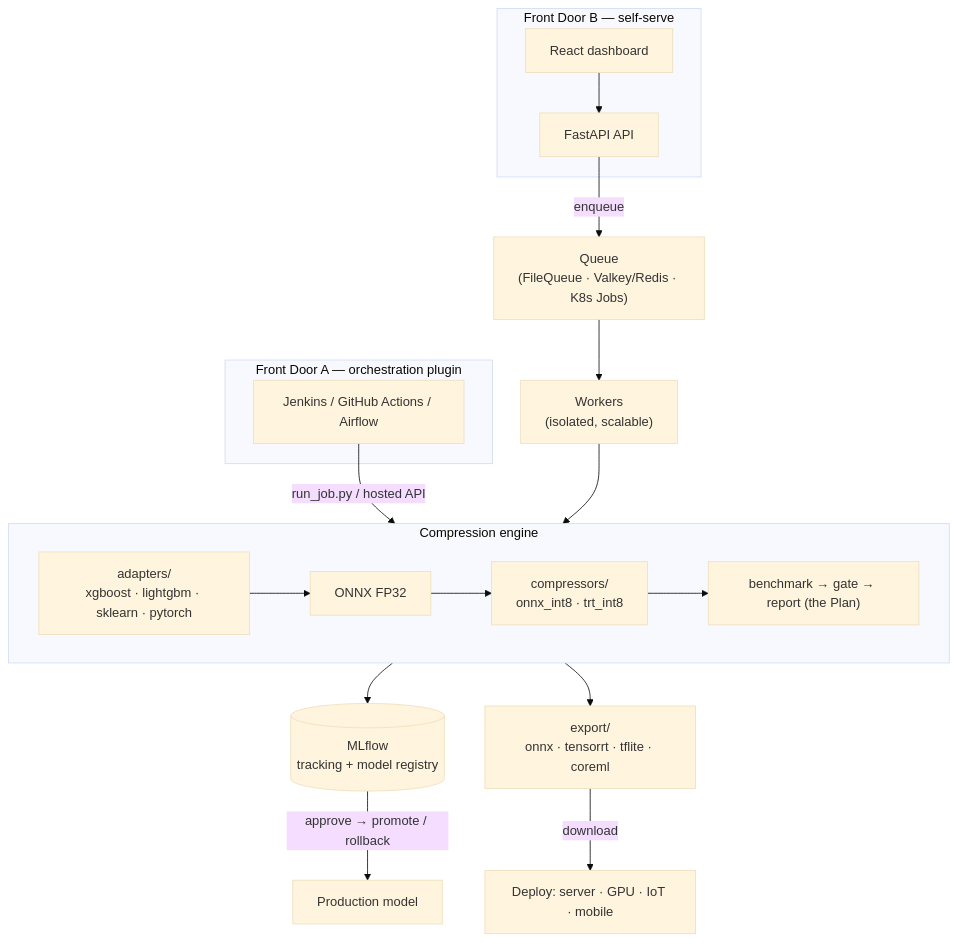
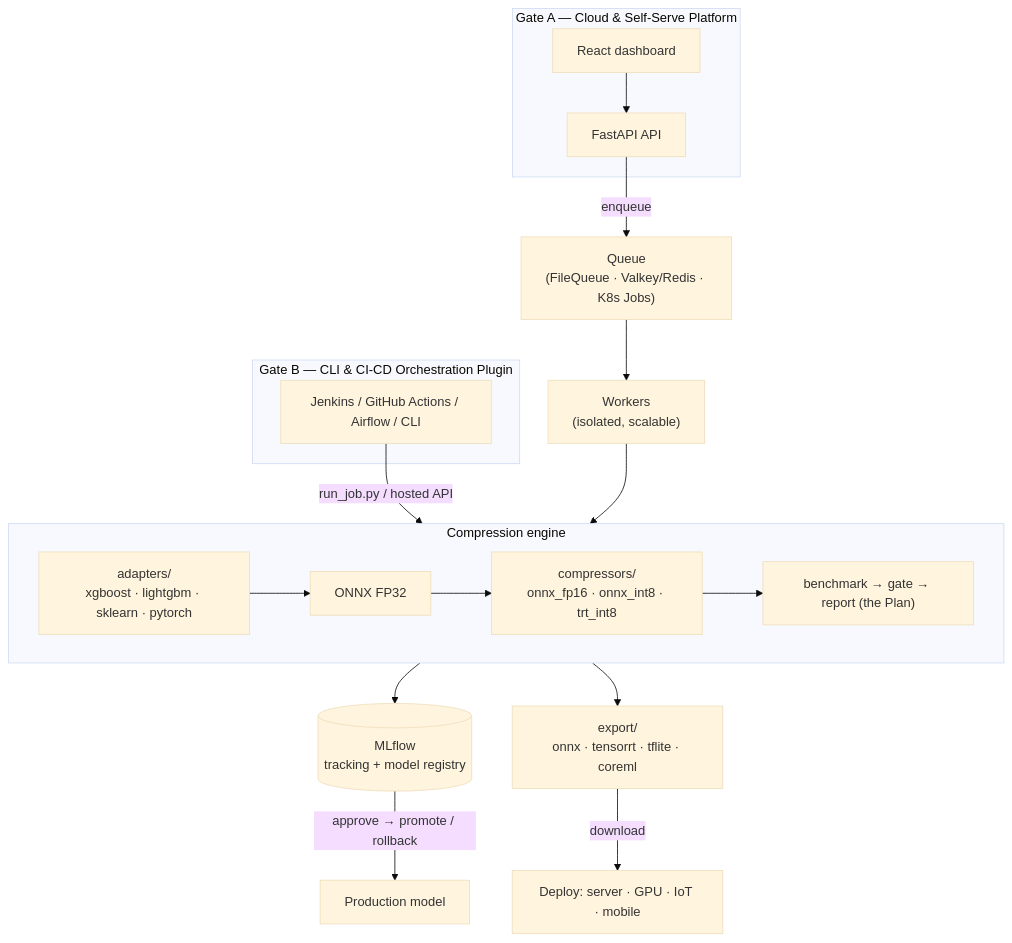
The diagram in README.md (786AdiPY/Kompress), drawn with Mermaid (base theme) before and after one commit. The commit also changed other lines of this file and 1 other file, not shown here.

Commit message:
docs: update entry terminology to Gate A (Cloud) and Gate B (CLI & CI-CD)

````diff
--- a/README.md
+++ b/README.md
@@ -25,26 +25,26 @@
 ```mermaid
 flowchart TB
-    subgraph FDA["Front Door A — orchestration plugin"]
-      ORCH["Jenkins / GitHub Actions / Airflow"]
+    subgraph GA["Gate A — Cloud & Self-Serve Platform"]
+      UI["React dashboard"] --> API["FastAPI API"]
     end
-    subgraph FDB["Front Door B — self-serve"]
-      UI["React dashboard"] --> API["FastAPI API"]
+    subgraph GB["Gate B — CLI & CI-CD Orchestration Plugin"]
+      ORCH["Jenkins / GitHub Actions / Airflow / CLI"]
     end
 
     ORCH -->|run_job.py / hosted API| CORE
     API -->|enqueue| Q["Queue<br/>(FileQueue · Valkey/Redis · K8s Jobs)"]
     Q --> WK["Workers<br/>(isolated, scalable)"]
     WK --> CORE
 
     subgraph CORE["Compression engine"]
       direction LR
       AD["adapters/<br/>xgboost · lightgbm · sklearn · pytorch"] --> ON["ONNX FP32"]
-      ON --> CP["compressors/<br/>onnx_int8 · trt_int8"]
+      ON --> CP["compressors/<br/>onnx_fp16 · onnx_int8 · trt_int8"]
       CP --> BM["benchmark → gate → report (the Plan)"]
     end
 
     CORE --> ML[("MLflow<br/>tracking + model registry")]
     CORE --> EX["export/<br/>onnx · tensorrt · tflite · coreml"]
     ML -->|approve → promote / rollback| PROD["Production model"]
     EX -->|download| DEV["Deploy: server · GPU · IoT · mobile"]
 ```
````
